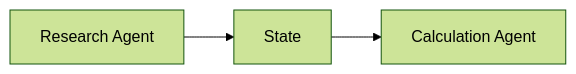
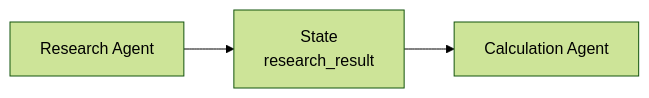
One commit to ykubota-dev/ai-agent-tutorial changed the sixth of 15 diagrams in docs/08_multi_agent.md. Above: the diagram before and after it, drawn with Mermaid (forest theme). The commit also changed other lines of this file and 1 other file, not shown here.

````diff
--- a/docs/08_multi_agent.md
+++ b/docs/08_multi_agent.md
@@ -392,11 +230,11 @@
 ```mermaid
 flowchart LR
     RESEARCH["Research Agent"]
 
-    STATE["State"]
+    STATE["State<br>research_result"]
 
     CALC["Calculation Agent"]
 
     RESEARCH --> STATE
     STATE --> CALC
 ```
````
